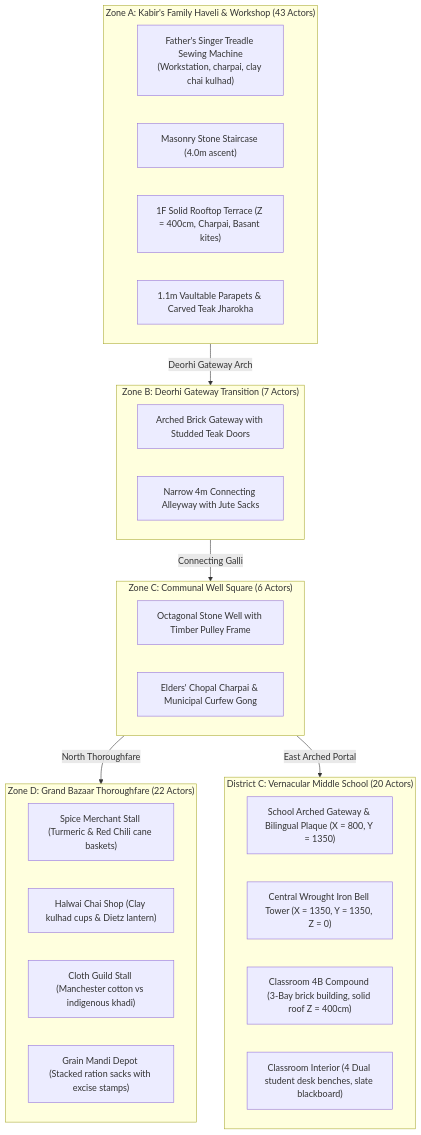
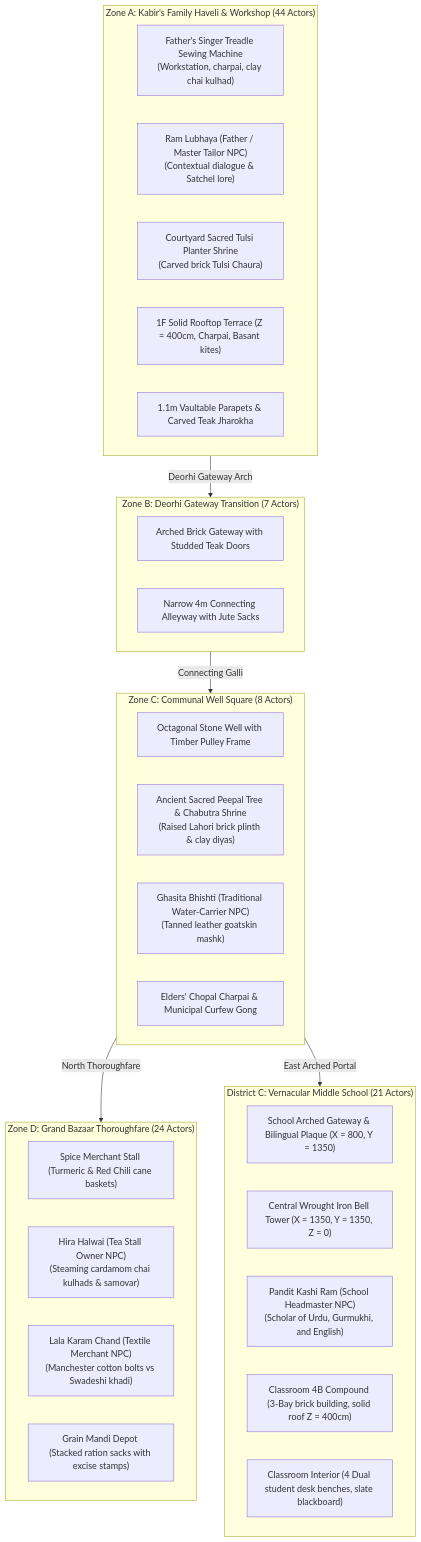
The diagram in README.md (npal78229-eng/REVOLUTION-Game), drawn with Mermaid before and after one commit. The commit also changed other lines of this file and 20 other files, not shown here.

Commit message:
feat(npcs-foliage): add 5 Punjabi civilian NPCs, sacred Peepal & Tulsi shrines, and update documentation

````diff
--- a/README.md
+++ b/README.md
@@ -30,38 +30,42 @@
 ```mermaid
 flowchart TD
-    subgraph ZoneA["Zone A: Kabir's Family Haveli & Workshop (43 Actors)"]
+    subgraph ZoneA["Zone A: Kabir's Family Haveli & Workshop (44 Actors)"]
         A1["Father's Singer Treadle Sewing Machine\n(Workstation, charpai, clay chai kulhad)"]
-        A2["Masonry Stone Staircase (4.0m ascent)"]
-        A3["1F Solid Rooftop Terrace (Z = 400cm, Charpai, Basant kites)"]
-        A4["1.1m Vaultable Parapets & Carved Teak Jharokha"]
+        A2["Ram Lubhaya (Father / Master Tailor NPC)\n(Contextual dialogue & Satchel lore)"]
+        A3["Courtyard Sacred Tulsi Planter Shrine\n(Carved brick Tulsi Chaura)"]
+        A4["1F Solid Rooftop Terrace (Z = 400cm, Charpai, Basant kites)"]
+        A5["1.1m Vaultable Parapets & Carved Teak Jharokha"]
     end
 
     subgraph ZoneB["Zone B: Deorhi Gateway Transition (7 Actors)"]
         B1["Arched Brick Gateway with Studded Teak Doors"]
         B2["Narrow 4m Connecting Alleyway with Jute Sacks"]
     end
 
-    subgraph ZoneC["Zone C: Communal Well Square (6 Actors)"]
+    subgraph ZoneC["Zone C: Communal Well Square (8 Actors)"]
         C1["Octagonal Stone Well with Timber Pulley Frame"]
-        C2["Elders' Chopal Charpai & Municipal Curfew Gong"]
+        C2["Ancient Sacred Peepal Tree & Chabutra Shrine\n(Raised Lahori brick plinth & clay diyas)"]
+        C3["Ghasita Bhishti (Traditional Water-Carrier NPC)\n(Tanned leather goatskin mashk)"]
+        C4["Elders' Chopal Charpai & Municipal Curfew Gong"]
     end
 
-    subgraph ZoneD["Zone D: Grand Bazaar Thoroughfare (22 Actors)"]
+    subgraph ZoneD["Zone D: Grand Bazaar Thoroughfare (24 Actors)"]
         D1["Spice Merchant Stall (Turmeric & Red Chili cane baskets)"]
-        D2["Halwai Chai Shop (Clay kulhad cups & Dietz lantern)"]
-        D3["Cloth Guild Stall (Manchester cotton vs indigenous khadi)"]
+        D2["Hira Halwai (Tea Stall Owner NPC)\n(Steaming cardamom chai kulhads & samovar)"]
+        D3["Lala Karam Chand (Textile Merchant NPC)\n(Manchester cotton bolts vs Swadeshi khadi)"]
         D4["Grain Mandi Depot (Stacked ration sacks with excise stamps)"]
     end
 
-    subgraph DistrictC["District C: Vernacular Middle School (20 Actors)"]
+    subgraph DistrictC["District C: Vernacular Middle School (21 Actors)"]
         S1["School Arched Gateway & Bilingual Plaque (X = 800, Y = 1350)"]
         S2["Central Wrought Iron Bell Tower (X = 1350, Y = 1350, Z = 0)"]
-        S3["Classroom 4B Compound (3-Bay brick building, solid roof Z = 400cm)"]
-        S4["Classroom Interior (4 Dual student desk benches, slate blackboard)"]
+        S3["Pandit Kashi Ram (School Headmaster NPC)\n(Scholar of Urdu, Gurmukhi, and English)"]
+        S4["Classroom 4B Compound (3-Bay brick building, solid roof Z = 400cm)"]
+        S5["Classroom Interior (4 Dual student desk benches, slate blackboard)"]
     end
 
     ZoneA -->|Deorhi Gateway Arch| ZoneB
     ZoneB -->|Connecting Galli| ZoneC
     ZoneC -->|North Thoroughfare| ZoneD
     ZoneC -->|East Arched Portal| DistrictC
 ```
````
